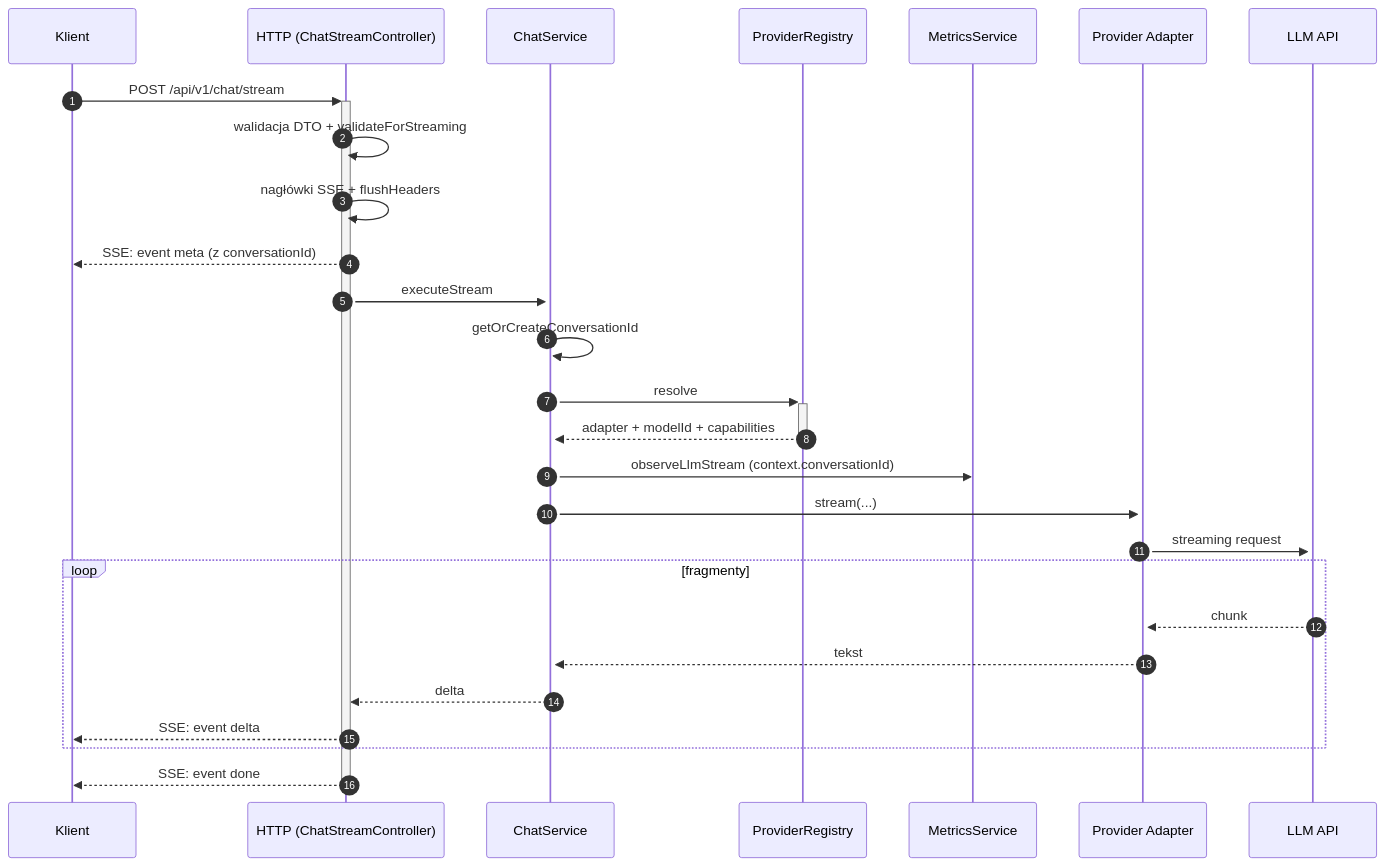
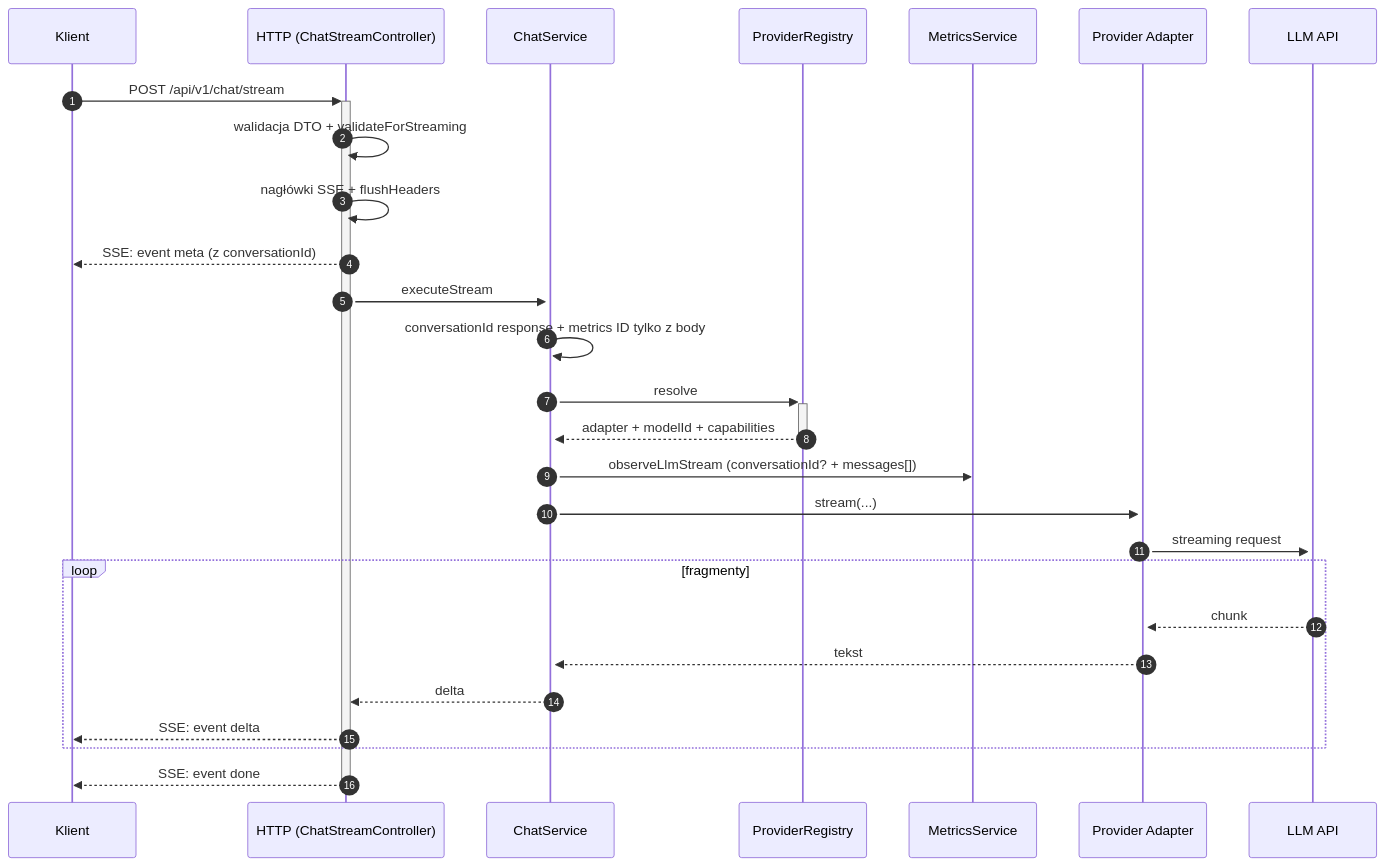
Before and after one commit to matej2314/ai-provider-gateway: the fourth of 4 diagrams in docs/data_flow.md, drawn with Mermaid. The commit also changed other lines of this file and 18 other files, not shown here.

````diff
--- a/docs/data_flow.md
+++ b/docs/data_flow.md
@@ -119,30 +119,30 @@
 ```mermaid
 sequenceDiagram
   autonumber
   participant K as Klient
   participant H as HTTP (ChatStreamController)
   participant S as ChatService
   participant R as ProviderRegistry
   participant M as MetricsService
   participant P as Provider Adapter
   participant A as LLM API
 
   K->>+H: POST /api/v1/chat/stream
   H->>H: walidacja DTO + validateForStreaming
   H->>H: nagłówki SSE + flushHeaders
   H-->>K: SSE: event meta (z conversationId)
   H->>+S: executeStream
-  S->>S: getOrCreateConversationId
+  S->>S: conversationId response + metrics ID tylko z body
   S->>+R: resolve
   R-->>-S: adapter + modelId + capabilities
-  S->>M: observeLlmStream (context.conversationId)
+  S->>M: observeLlmStream (conversationId? + messages[])
   S->>+P: stream(...)
   P->>+A: streaming request
   loop fragmenty
     A-->>P: chunk
     P-->>S: tekst
     S-->>H: delta
     H-->>K: SSE: event delta
   end
   H-->>-K: SSE: event done
 ```
````
